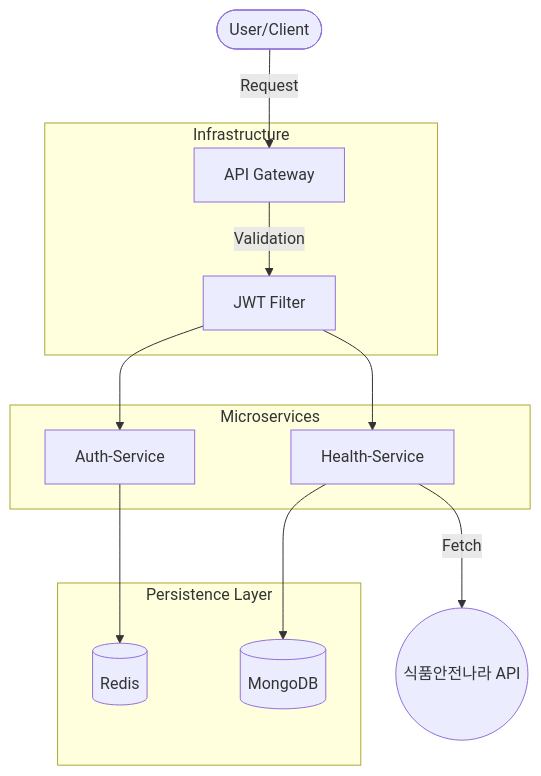
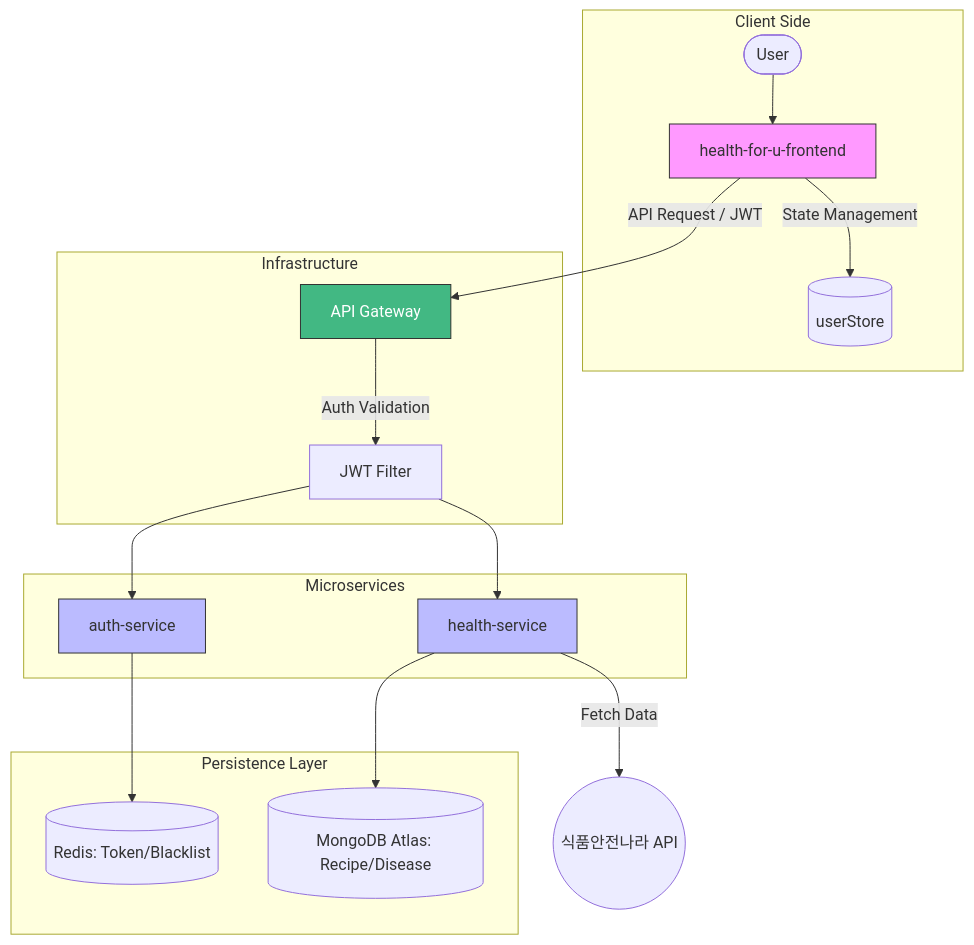
One commit to healthy-food-for-u/.github changed the diagram in profile/README.md. Above: the diagram before and after it, drawn with Mermaid. The commit also changed other lines of this file, not shown here.

````diff
--- a/profile/README.md
+++ b/profile/README.md
@@ -6,21 +6,32 @@
 ```mermaid
 graph TD
-    User([User/Client]) -->|Request| GW[API Gateway]
+    subgraph "Client Side"
+        User([User]) --> FE[health-for-u-frontend]
+        FE -->|State Management| Pinia[(userStore)]
+    end
+
+    FE -->|API Request / JWT| GW[API Gateway]
     
     subgraph "Infrastructure"
-        GW -->|Validation| JWT[JWT Filter]
+        GW -->|Auth Validation| JWT[JWT Filter]
     end
 
     subgraph "Microservices"
-        JWT --> Auth[Auth-Service]
-        JWT --> Health[Health-Service]
+        JWT --> Auth[auth-service]
+        JWT --> Health[health-service]
     end
 
     subgraph "Persistence Layer"
-        Auth --> Redis[(Redis)]
-        Health --> MongoDB[(MongoDB)]
+        Auth --> Redis[(Redis: Token/Blacklist)]
+        Health --> MongoDB[(MongoDB Atlas: Recipe/Disease)]
     end
 
-    Health -->|Fetch| OpenAPI((식품안전나라 API))
+    Health -->|Fetch Data| OpenAPI((식품안전나라 API))
+
+    %% 스타일 정의
+    style GW fill:#42b883,stroke:#333,color:#fff
+    style FE fill:#f9f,stroke:#333
+    style Auth fill:#bbf,stroke:#333
+    style Health fill:#bbf,stroke:#333
 
 ```
````
